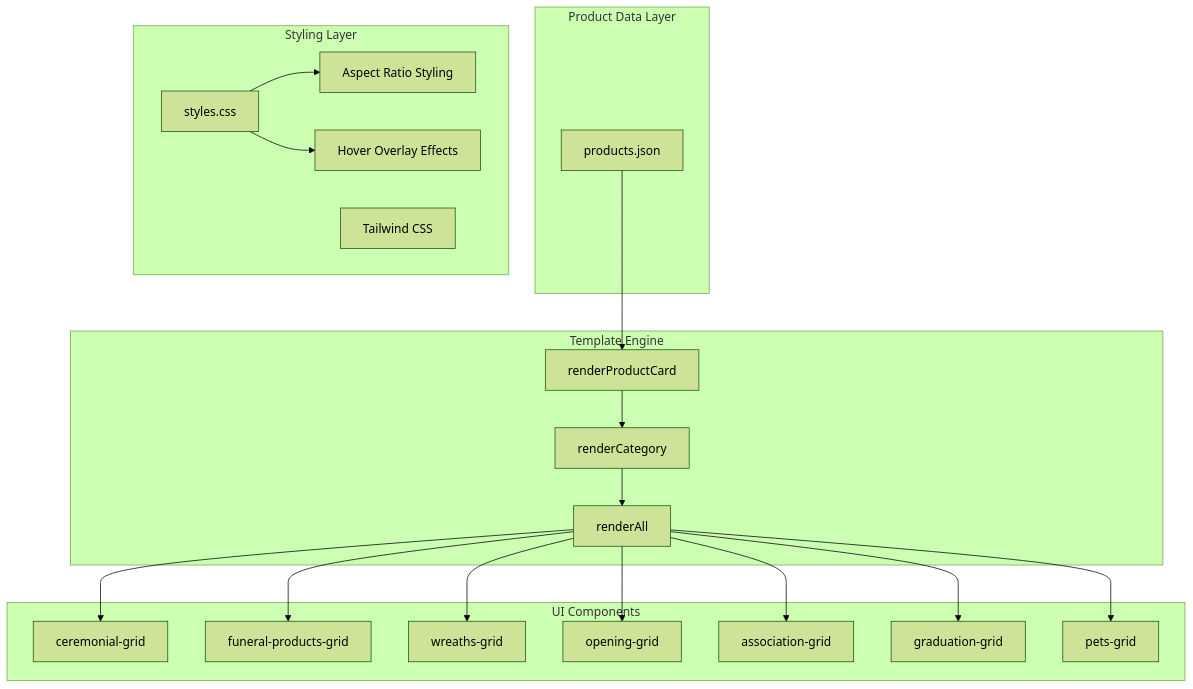
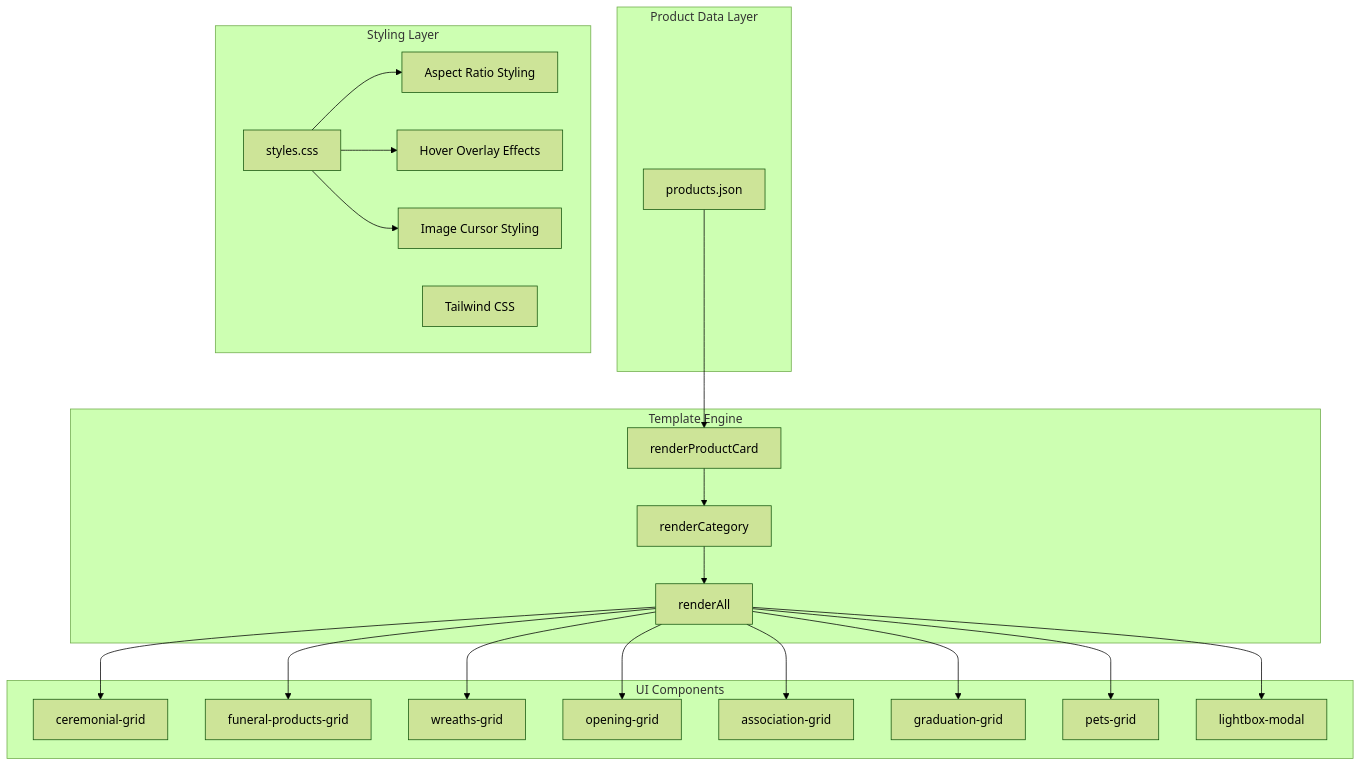
Before and after one commit to queenflowerhk/queenflowerhk.github.io: the first of 2 diagrams in .qoder/repowiki/en/content/User Interface Components/Product Gallery Components/Product Card Template System.md, drawn with Mermaid (forest theme). The commit also changed other lines of this file and 13 other files, not shown here.

````diff
--- a/.qoder/repowiki/en/content/User Interface Components/Product Gallery Components/Product Card Template System.md
+++ b/.qoder/repowiki/en/content/User Interface Components/Product Gallery Components/Product Card Template System.md
@@ -44,38 +48,42 @@
 ```mermaid
 graph TB
 subgraph "Product Data Layer"
 PD[products.json]
 end
 subgraph "Template Engine"
 RTP[renderProductCard]
 RC[renderCategory]
 RA[renderAll]
 end
 subgraph "UI Components"
 CG[ceremonial-grid]
 FPG[funeral-products-grid]
 WG[wreaths-grid]
 OG[opening-grid]
 AG[association-grid]
 GG[graduation-grid]
 PG[pets-grid]
+LB[lightbox-modal]
 end
 subgraph "Styling Layer"
 CSS[styles.css]
 TW[Tailwind CSS]
 AR[Aspect Ratio Styling]
 HO[Hover Overlay Effects]
+IC[Image Cursor Styling]
 end
 PD --> RTP
 RTP --> RC
 RC --> RA
 RA --> CG
 RA --> FPG
 RA --> WG
 RA --> OG
 RA --> AG
 RA --> GG
 RA --> PG
+RA --> LB
 CSS --> AR
 CSS --> HO
+CSS --> IC
 ```
````
